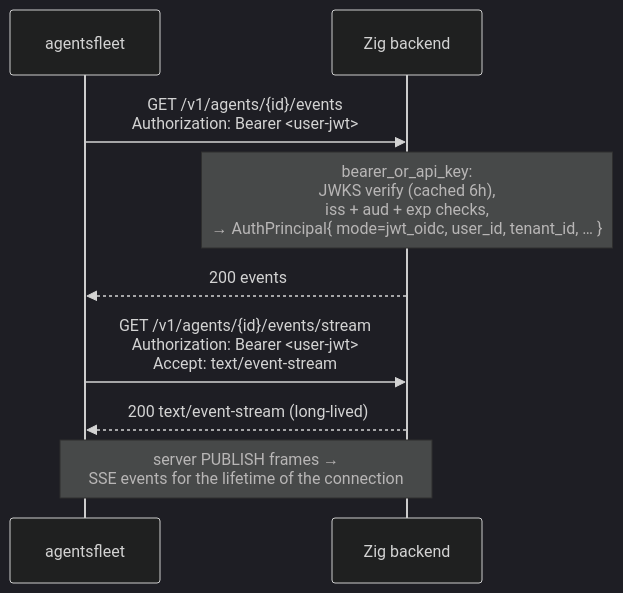
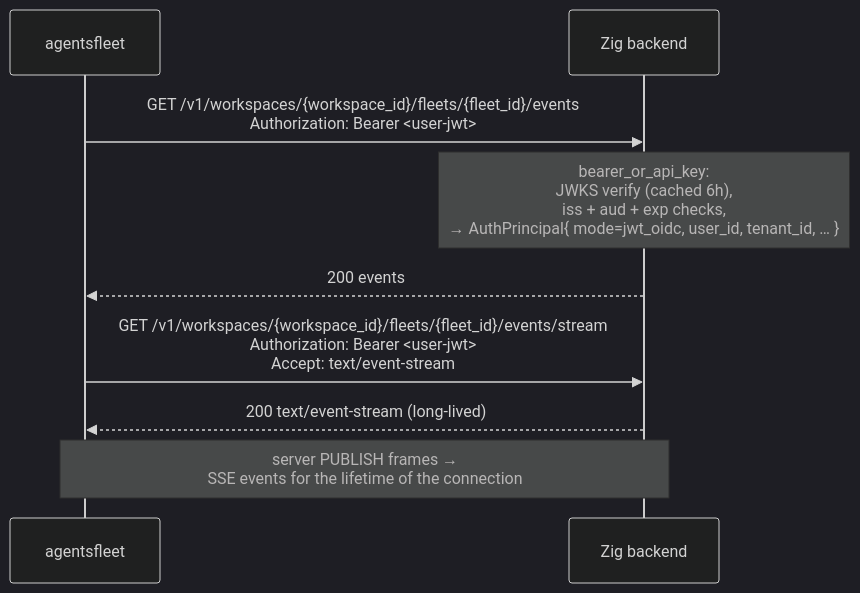
Before and after one commit to agentsfleet/agentsfleet: the second of 2 diagrams in docs/AUTH_DEVICE_LOGIN.md, drawn with Mermaid (dark theme). The commit also changed 787 other files, not shown here.

First line of the commit message:
chore(m94): WIP snapshot — fleet-bundle scaffolding + architecture docs reconciled

````diff
--- a/docs/AUTH_DEVICE_LOGIN.md
+++ b/docs/AUTH_DEVICE_LOGIN.md
@@ -269,13 +269,13 @@
 ```mermaid
 sequenceDiagram
     participant CLI as agentsfleet
     participant API as Zig backend
 
-    CLI->>API: GET /v1/agents/{id}/events<br/>Authorization: Bearer <user-jwt>
+    CLI->>API: GET /v1/workspaces/{workspace_id}/fleets/{fleet_id}/events<br/>Authorization: Bearer <user-jwt>
     Note over API: bearer_or_api_key:<br/>JWKS verify (cached 6h),<br/>iss + aud + exp checks,<br/>→ AuthPrincipal{ mode=jwt_oidc, user_id, tenant_id, … }
     API-->>CLI: 200 events
 
-    CLI->>API: GET /v1/agents/{id}/events/stream<br/>Authorization: Bearer <user-jwt><br/>Accept: text/event-stream
+    CLI->>API: GET /v1/workspaces/{workspace_id}/fleets/{fleet_id}/events/stream<br/>Authorization: Bearer <user-jwt><br/>Accept: text/event-stream
     API-->>CLI: 200 text/event-stream (long-lived)
     Note over CLI,API: server PUBLISH frames →<br/>SSE events for the lifetime of the connection
 ```
````
